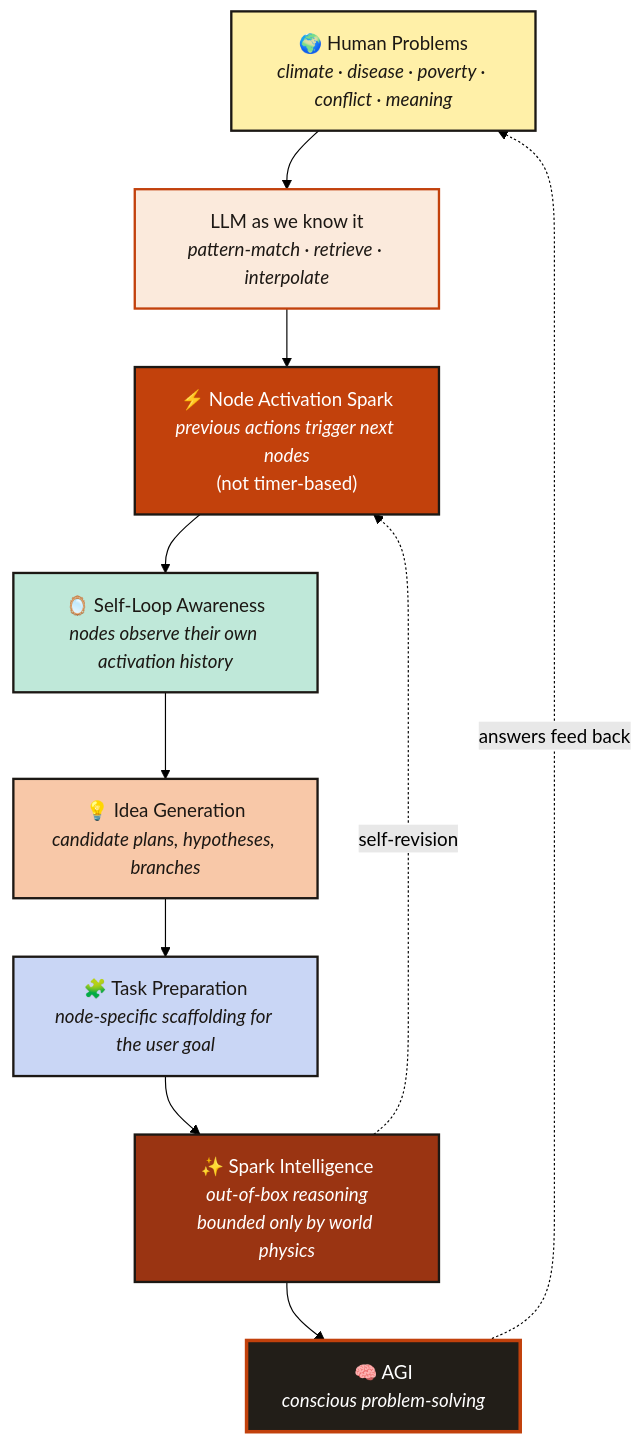
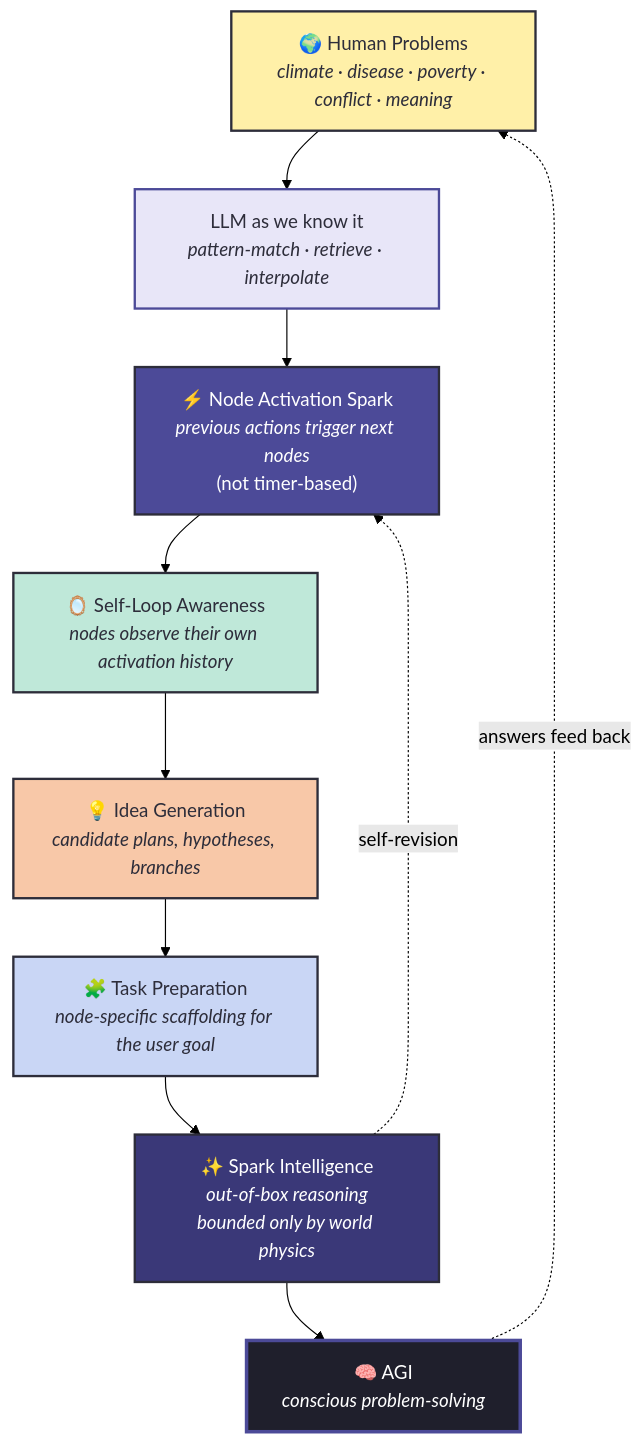
Before and after one commit to kader-xai/kader-xai.github.io: the first of 4 diagrams in blog/2026-05-16-quest-for-agi/index.qmd, drawn with Mermaid (forest theme). The commit also changed other lines of this file and 43 other files, not shown here.

````diff
--- a/blog/2026-05-16-quest-for-agi/index.qmd
+++ b/blog/2026-05-16-quest-for-agi/index.qmd
@@ -28,30 +28,30 @@
 ```{mermaid}
 flowchart TD
     H["🌍 Human Problems<br/><i>climate · disease · poverty · conflict · meaning</i>"]:::input
     L["LLM as we know it<br/><i>pattern-match · retrieve · interpolate</i>"]:::current
     NA["⚡ Node Activation Spark<br/><i>previous actions trigger next nodes</i><br/>(not timer-based)"]:::spark
     SL["🪞 Self-Loop Awareness<br/><i>nodes observe their own activation history</i>"]:::aware
     IG["💡 Idea Generation<br/><i>candidate plans, hypotheses, branches</i>"]:::idea
     TP["🧩 Task Preparation<br/><i>node-specific scaffolding for the user goal</i>"]:::prep
     SI["✨ Spark Intelligence<br/><i>out-of-box reasoning</i><br/><i>bounded only by world physics</i>"]:::spark2
     AGI["🧠 AGI<br/><i>conscious problem-solving</i>"]:::agi
 
     H --> L
     L --> NA
     NA --> SL
     SL --> IG
     IG --> TP
     TP --> SI
     SI --> AGI
     AGI -. "answers feed back" .-> H
     SI -. "self-revision" .-> NA
 
-    classDef input fill:#FFF0A8,stroke:#1c1814,stroke-width:2px,color:#1c1814;
-    classDef current fill:#fbeadc,stroke:#c2410c,stroke-width:2px,color:#1c1814;
-    classDef spark fill:#c2410c,stroke:#1c1814,stroke-width:2px,color:#ffffff;
-    classDef aware fill:#BFE8D9,stroke:#1c1814,stroke-width:2px,color:#1c1814;
-    classDef idea fill:#F8C8A8,stroke:#1c1814,stroke-width:2px,color:#1c1814;
-    classDef prep fill:#C9D6F5,stroke:#1c1814,stroke-width:2px,color:#1c1814;
-    classDef spark2 fill:#9a3412,stroke:#1c1814,stroke-width:2px,color:#ffffff;
-    classDef agi fill:#221e18,stroke:#c2410c,stroke-width:3px,color:#ffffff;
+    classDef input fill:#FFF0A8,stroke:#2d2d3a,stroke-width:2px,color:#2d2d3a;
+    classDef current fill:#E8E6F8,stroke:#4C4A98,stroke-width:2px,color:#2d2d3a;
+    classDef spark fill:#4C4A98,stroke:#2d2d3a,stroke-width:2px,color:#ffffff;
+    classDef aware fill:#BFE8D9,stroke:#2d2d3a,stroke-width:2px,color:#2d2d3a;
+    classDef idea fill:#F8C8A8,stroke:#2d2d3a,stroke-width:2px,color:#2d2d3a;
+    classDef prep fill:#C9D6F5,stroke:#2d2d3a,stroke-width:2px,color:#2d2d3a;
+    classDef spark2 fill:#3a3878,stroke:#2d2d3a,stroke-width:2px,color:#ffffff;
+    classDef agi fill:#1f1f2c,stroke:#4C4A98,stroke-width:3px,color:#ffffff;
 ```
````
